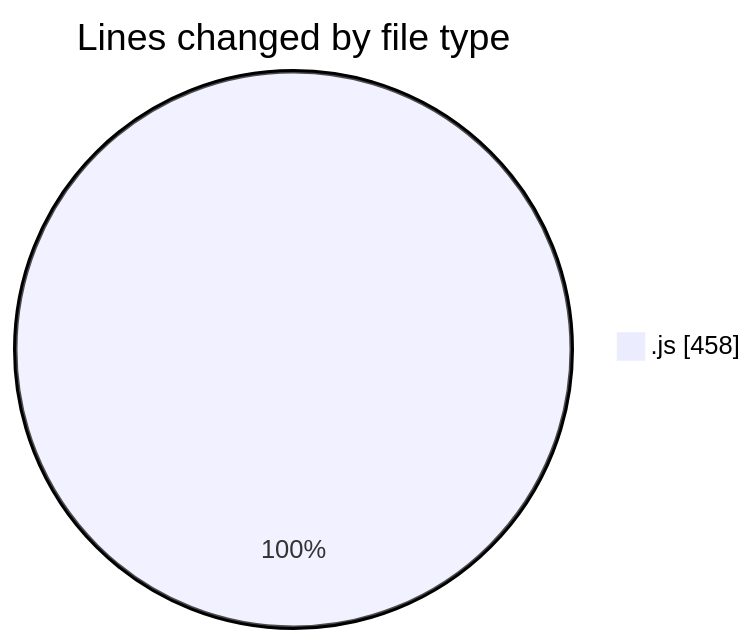
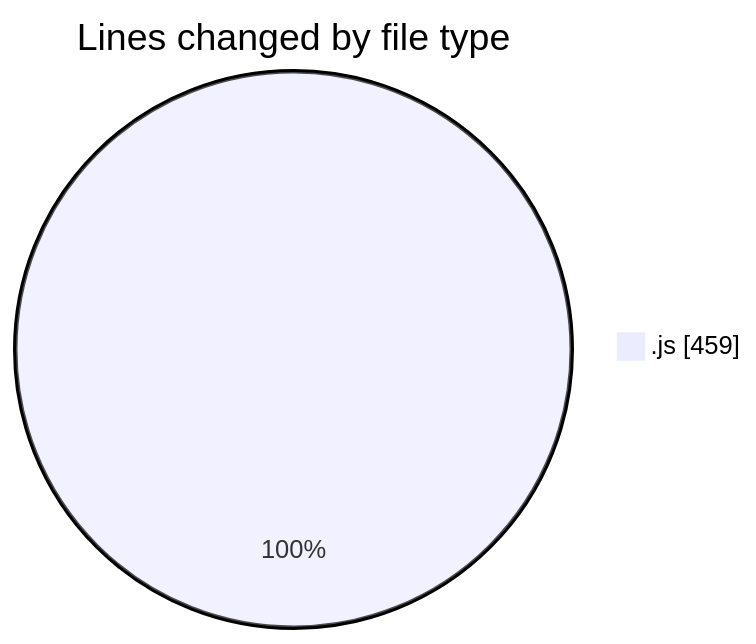
The first of 2 diagrams in 2025-02-03/cda/README.md (momahboobian/code-tracking), drawn with Mermaid before and after one commit. The commit also changed other lines of this file and 1 other file, not shown here.

````diff
--- a/2025-02-03/cda/README.md
+++ b/2025-02-03/cda/README.md
@@ -23,5 +23,5 @@
 ```mermaid
 pie showData
 title Lines changed by file type
-".js" : 458
+".js" : 459
 ```
````
